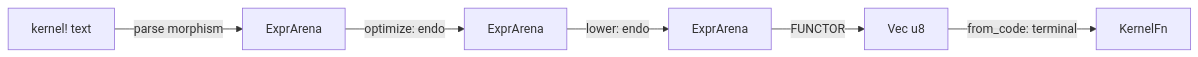
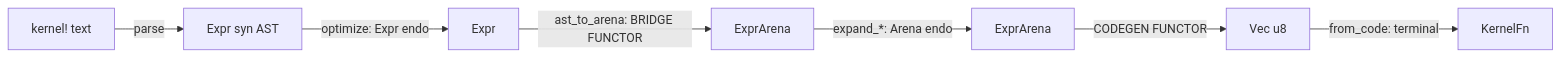
One commit to jppittman/core-term changed the diagram in docs/designs/assembler-as-functor.md. Above: the diagram before and after it, drawn with Mermaid. The commit also changed other lines of this file, not shown here.

````diff
--- a/docs/designs/assembler-as-functor.md
+++ b/docs/designs/assembler-as-functor.md
@@ -25,8 +36,9 @@
 ```mermaid
 graph LR
-    T[kernel! text] -- parse morphism --> A0[ExprArena]
-    A0 -- optimize: endo --> A1[ExprArena]
-    A1 -- lower: endo --> A2[ExprArena]
-    A2 -- FUNCTOR --> C[Vec u8]
+    T[kernel! text] -- parse --> E0[Expr syn AST]
+    E0 -- optimize: Expr endo --> E1[Expr]
+    E1 -- ast_to_arena: BRIDGE FUNCTOR --> A0[ExprArena]
+    A0 -- expand_*: Arena endo --> A1[ExprArena]
+    A1 -- CODEGEN FUNCTOR --> C[Vec u8]
     C -- from_code: terminal --> K[KernelFn]
 ```
````
